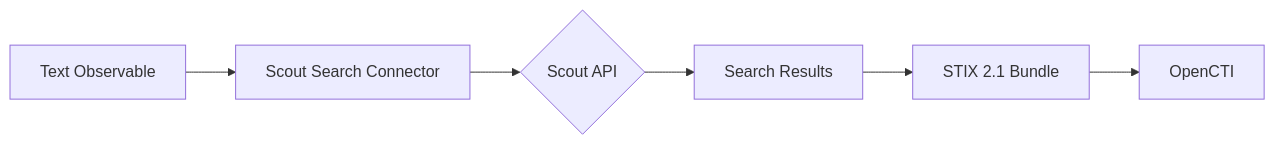
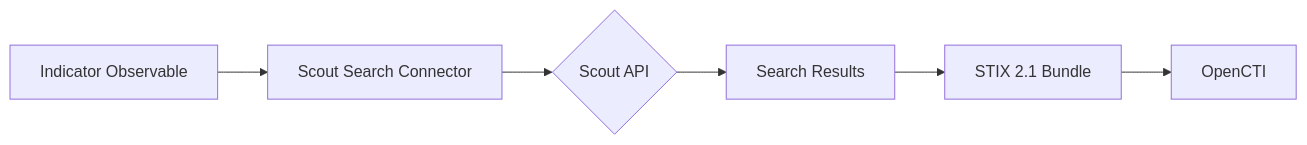
The diagram in internal-enrichment/team-cymru-scout-search/README.md (OpenCTI-Platform/connectors), drawn with Mermaid before and after one commit. The commit also changed other lines of this file and 14 other files, not shown here.

````diff
--- a/internal-enrichment/team-cymru-scout-search/README.md
+++ b/internal-enrichment/team-cymru-scout-search/README.md
@@ -132,8 +136,8 @@
 ```mermaid
 flowchart LR
-    A[Text Observable] --> B[Scout Search Connector]
+    A[Indicator Observable] --> B[Scout Search Connector]
     B --> C{Scout API}
     C --> D[Search Results]
     D --> E[STIX 2.1 Bundle]
     E --> F[OpenCTI]
 ```
````
